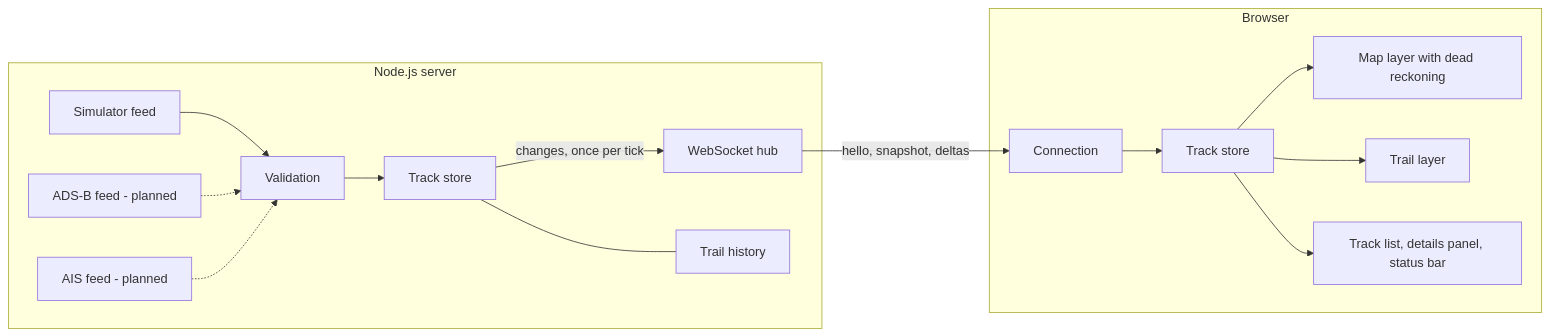
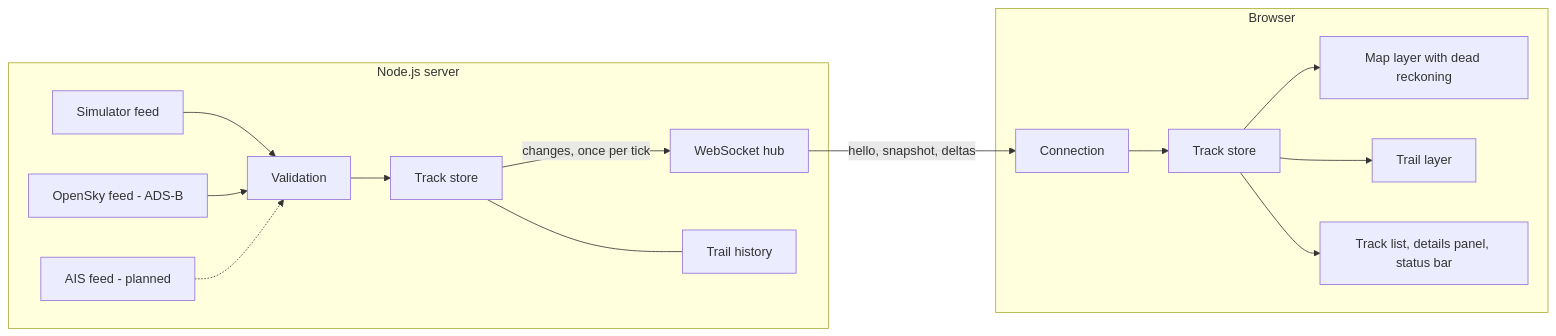
Before and after one commit to AbrahamSabu/portfolio: the diagram in README.md, drawn with Mermaid. The commit also changed other lines of this file and 1 other file, not shown here.

Commit message:
Document the OpenSky feed, per-source staleness and the credit budget

````diff
--- a/README.md
+++ b/README.md
@@ -60,18 +74,18 @@
 ```mermaid
 flowchart LR
   subgraph Server [Node.js server]
     SIM[Simulator feed] --> SINK
-    ADSB[ADS-B feed - planned] -.-> SINK
+    ADSB[OpenSky feed - ADS-B] --> SINK
     AIS[AIS feed - planned] -.-> SINK
     SINK[Validation] --> STORE[Track store]
     STORE -->|changes, once per tick| HUB[WebSocket hub]
     STORE --- HIST[Trail history]
   end
   HUB -->|hello, snapshot, deltas| CLIENT
   subgraph Browser
     CLIENT[Connection] --> CSTORE[Track store]
     CSTORE --> LAYER[Map layer with dead reckoning]
     CSTORE --> TRAILS[Trail layer]
     CSTORE --> PANEL[Track list, details panel, status bar]
   end
 ```
````
